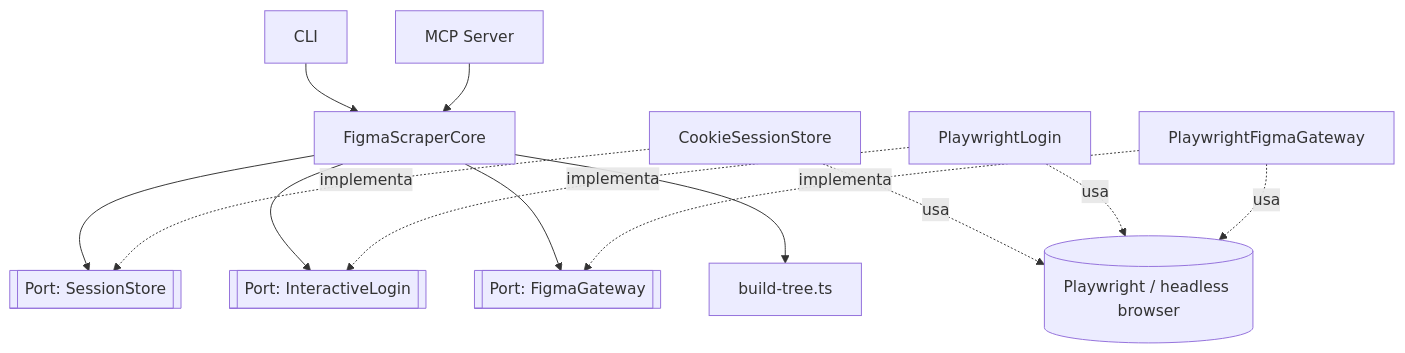
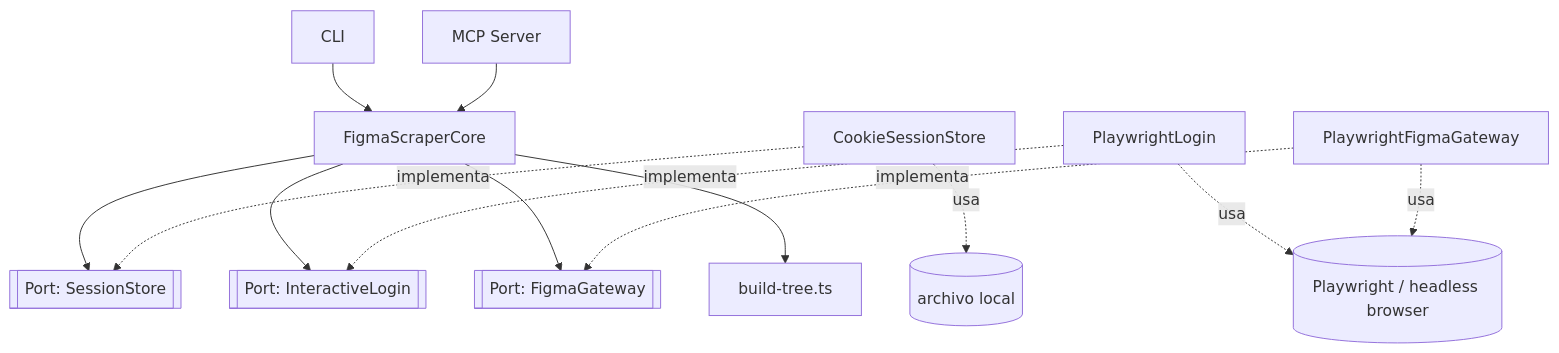
The diagram in adr/ADR-figma-scraper-core.md (dryor/figtools), drawn with Mermaid before and after one commit. The commit also changed other lines of this file and 1 other file, not shown here.

Commit message:
Move CookieSessionStore out of the playwright/ adapters folder
It only reads/writes a local file — it never touches a browser, so
grouping it under adapters/playwright/ implied a Playwright dependency
it doesn't have. Moves the test to src/adapters/cookie-session-store.test.ts
and fixes the ADR's folder structure and mermaid diagram (which
incorrectly showed CookieSessionStore "using" Playwright) to match.

Claude-Session: https://claude.ai/code/session_015CbabLJixrS3QQWewZoYjP

````diff
--- a/adr/ADR-figma-scraper-core.md
+++ b/adr/ADR-figma-scraper-core.md
@@ -103,18 +103,18 @@
 ```mermaid
 flowchart TD
     CLI[CLI] --> Core[FigmaScraperCore]
     MCP[MCP Server] --> Core
 
     Core --> PSession[["Port: SessionStore"]]
     Core --> PLogin[["Port: InteractiveLogin"]]
     Core --> PGateway[["Port: FigmaGateway"]]
     Core --> BuildTree[build-tree.ts]
 
     ACookie[CookieSessionStore] -.implementa.-> PSession
     ALogin[PlaywrightLogin] -.implementa.-> PLogin
     AGateway[PlaywrightFigmaGateway] -.implementa.-> PGateway
 
-    ACookie -.usa.-> Playwright[(Playwright / headless browser)]
-    ALogin -.usa.-> Playwright
+    ACookie -.usa.-> FS[(archivo local)]
+    ALogin -.usa.-> Playwright[(Playwright / headless browser)]
     AGateway -.usa.-> Playwright
 ```
````
